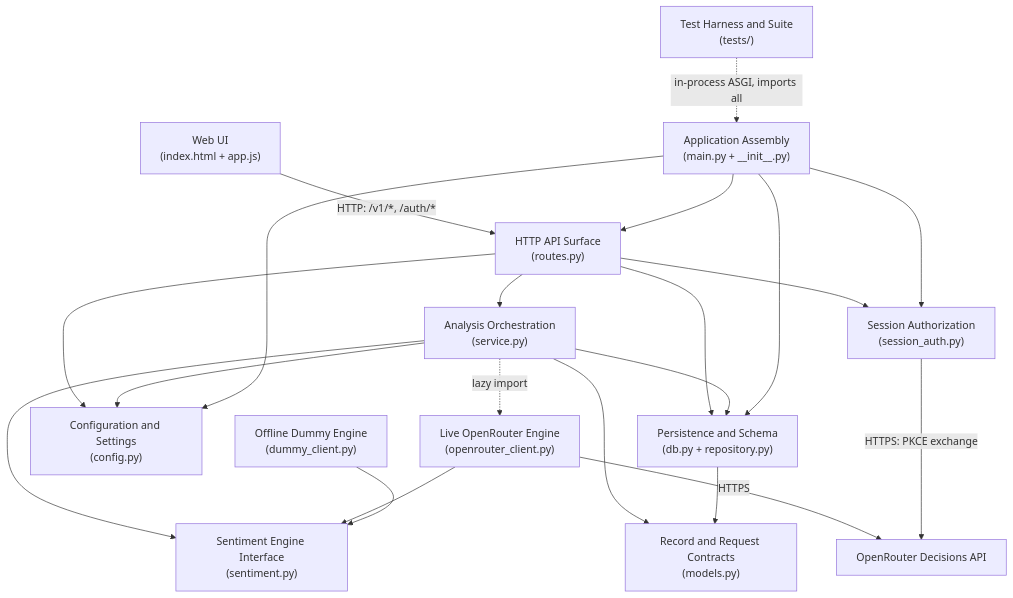
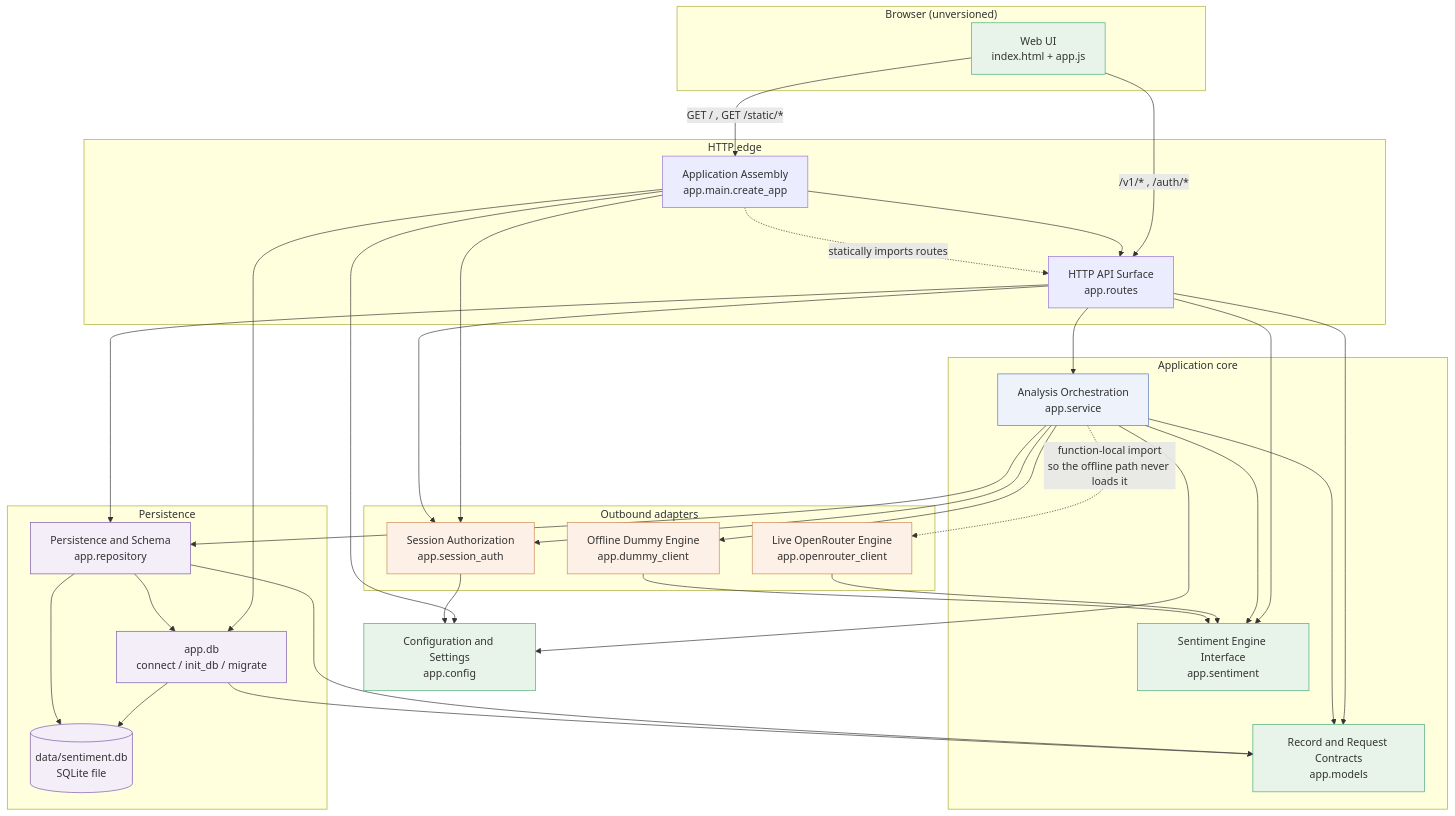
The first of 6 diagrams in aidlc/spaces/default/codekb/sentiment-opencode/architecture.md (farazmazhar/aidlc-demo-sentiment-analyser), drawn with Mermaid before and after one commit. The commit also changed other lines of this file and 65 other files, not shown here.

````diff
--- a/aidlc/spaces/default/codekb/sentiment-opencode/architecture.md
+++ b/aidlc/spaces/default/codekb/sentiment-opencode/architecture.md
@@ -41,23 +42,73 @@
 ```mermaid
-flowchart TD
-    UI["Web UI<br/>(index.html + app.js)"] -->|"HTTP: /v1/*, /auth/*"| API["HTTP API Surface<br/>(routes.py)"]
-    API --> ORCH["Analysis Orchestration<br/>(service.py)"]
-    API --> PERS["Persistence and Schema<br/>(db.py + repository.py)"]
-    API --> CFG["Configuration and Settings<br/>(config.py)"]
-    API --> AUTH["Session Authorization<br/>(session_auth.py)"]
-    ORCH --> IFACE["Sentiment Engine Interface<br/>(sentiment.py)"]
-    ORCH --> PERS
-    ORCH --> MODELS["Record and Request Contracts<br/>(models.py)"]
-    ORCH --> CFG
-    ORCH -.->|"lazy import"| LIVE["Live OpenRouter Engine<br/>(openrouter_client.py)"]
-    LIVE --> IFACE
-    DUMMY["Offline Dummy Engine<br/>(dummy_client.py)"] --> IFACE
-    ASSEMBLY["Application Assembly<br/>(main.py + __init__.py)"] --> API
-    ASSEMBLY --> PERS
-    ASSEMBLY --> CFG
-    ASSEMBLY --> AUTH
-    PERS --> MODELS
-    TESTS["Test Harness and Suite<br/>(tests/)"] -.->|"in-process ASGI, imports all"| ASSEMBLY
-    LIVE -->|"HTTPS"| EXT["OpenRouter Decisions API"]
-    AUTH -->|"HTTPS: PKCE exchange"| EXT
+graph TD
+    subgraph browser["Browser (unversioned)"]
+        UI["Web UI<br/>index.html + app.js"]
+    end
+
+    subgraph http["HTTP edge"]
+        ASGI["Application Assembly<br/>app.main.create_app"]
+        RT["HTTP API Surface<br/>app.routes"]
+    end
+
+    subgraph core["Application core"]
+        SVC["Analysis Orchestration<br/>app.service"]
+        SENT["Sentiment Engine Interface<br/>app.sentiment"]
+        MOD["Record and Request Contracts<br/>app.models"]
+    end
+
+    subgraph adapters["Outbound adapters"]
+        DUMMY["Offline Dummy Engine<br/>app.dummy_client"]
+        LIVE["Live OpenRouter Engine<br/>app.openrouter_client"]
+        AUTH["Session Authorization<br/>app.session_auth"]
+    end
+
+    subgraph persist["Persistence"]
+        REPO["Persistence and Schema<br/>app.repository"]
+        DB["app.db<br/>connect / init_db / migrate"]
+        SQLITE[("data/sentiment.db<br/>SQLite file")]
+    end
+
+    CFG["Configuration and Settings<br/>app.config"]
+
+    UI -->|"GET / , GET /static/*"| ASGI
+    UI -->|"/v1/* , /auth/*"| RT
+    ASGI --> RT
+    ASGI --> CFG
+    ASGI --> DB
+    ASGI --> AUTH
+
+    RT --> SVC
+    RT --> REPO
+    RT --> MOD
+    RT --> AUTH
+    RT --> SENT
+
+    SVC --> SENT
+    SVC --> REPO
+    SVC --> MOD
+    SVC --> DUMMY
+    SVC -.->|"function-local import<br/>so the offline path never loads it"| LIVE
+    SVC --> AUTH
+    SVC --> CFG
+
+    LIVE --> SENT
+    DUMMY --> SENT
+    AUTH --> CFG
+
+    REPO --> MOD
+    REPO --> DB
+    DB --> MOD
+    DB --> SQLITE
+    REPO --> SQLITE
+
+    ASGI -.->|"statically imports routes"| RT
+
+    classDef leaf fill:#e8f4ea,stroke:#4a7
+    classDef core fill:#eef2fb,stroke:#57a
+    classDef adapt fill:#fdf0e6,stroke:#c85
+    classDef persist fill:#f4eef8,stroke:#75a
+    class CFG,MOD,SENT,UI leaf
+    class SVC core
+    class DUMMY,LIVE,AUTH adapt
+    class REPO,DB,SQLITE persist
 ```
````
